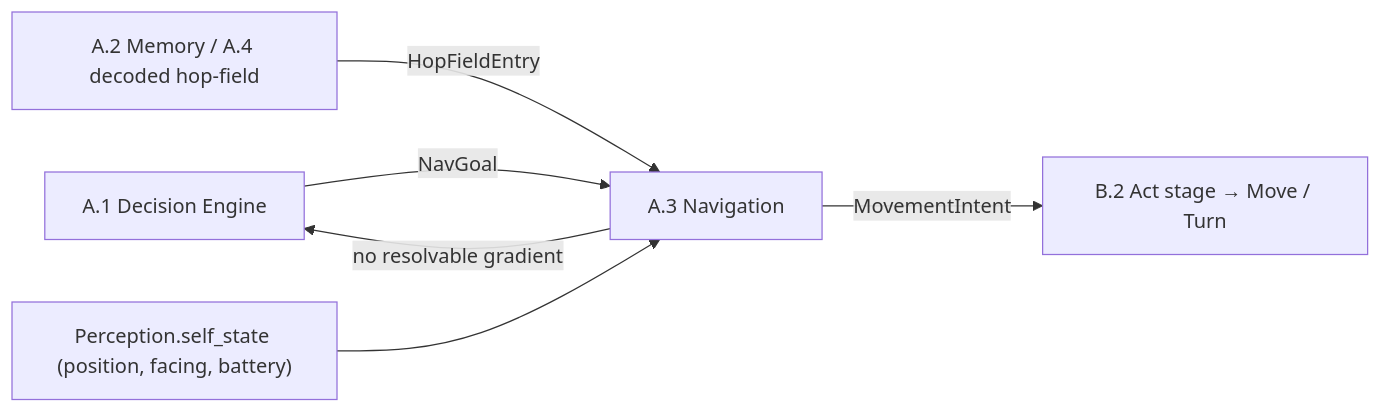
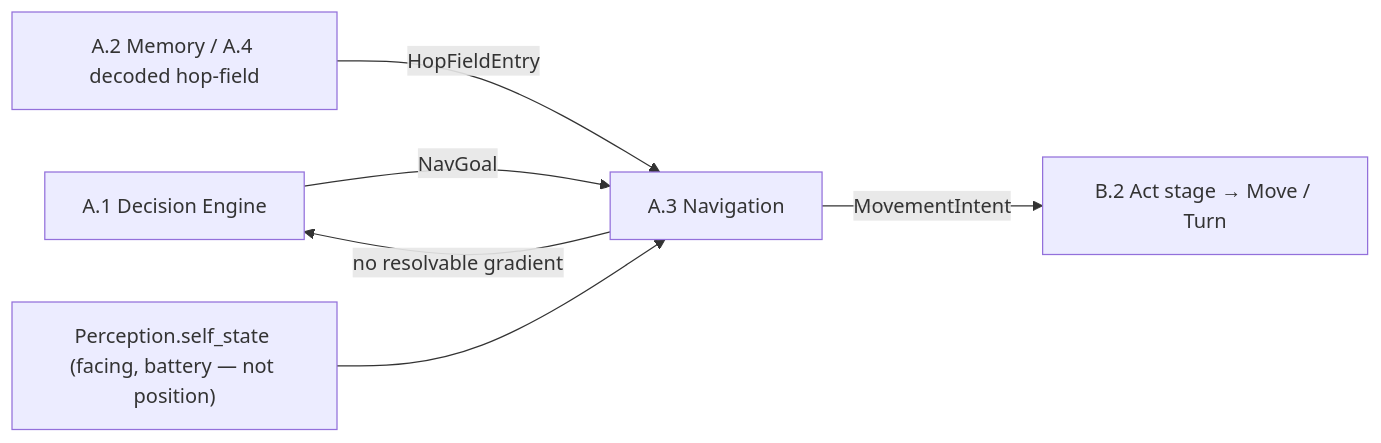
One commit to TychoGrapendaal/JIP_Swarm_Field changed the first of 8 diagrams in docs/navigation-module.md. Above: the diagram before and after it, drawn with Mermaid. The commit also changed other lines of this file, not shown here.

Commit message:
clarification no absolute position needed

````diff
--- a/docs/navigation-module.md
+++ b/docs/navigation-module.md
@@ -19,8 +19,8 @@
 ```mermaid
 flowchart LR
     A1["A.1 Decision Engine"] -->|"NavGoal"| NAV["A.3 Navigation"]
     MEM["A.2 Memory / A.4 decoded hop-field"] -->|"HopFieldEntry"| NAV
-    SEN["Perception.self_state (position, facing, battery)"] --> NAV
+    SEN["Perception.self_state (facing, battery — not position)"] --> NAV
     NAV -->|"MovementIntent"| ACT["B.2 Act stage → Move / Turn"]
     NAV -->|"no resolvable gradient"| A1
 ```
````
